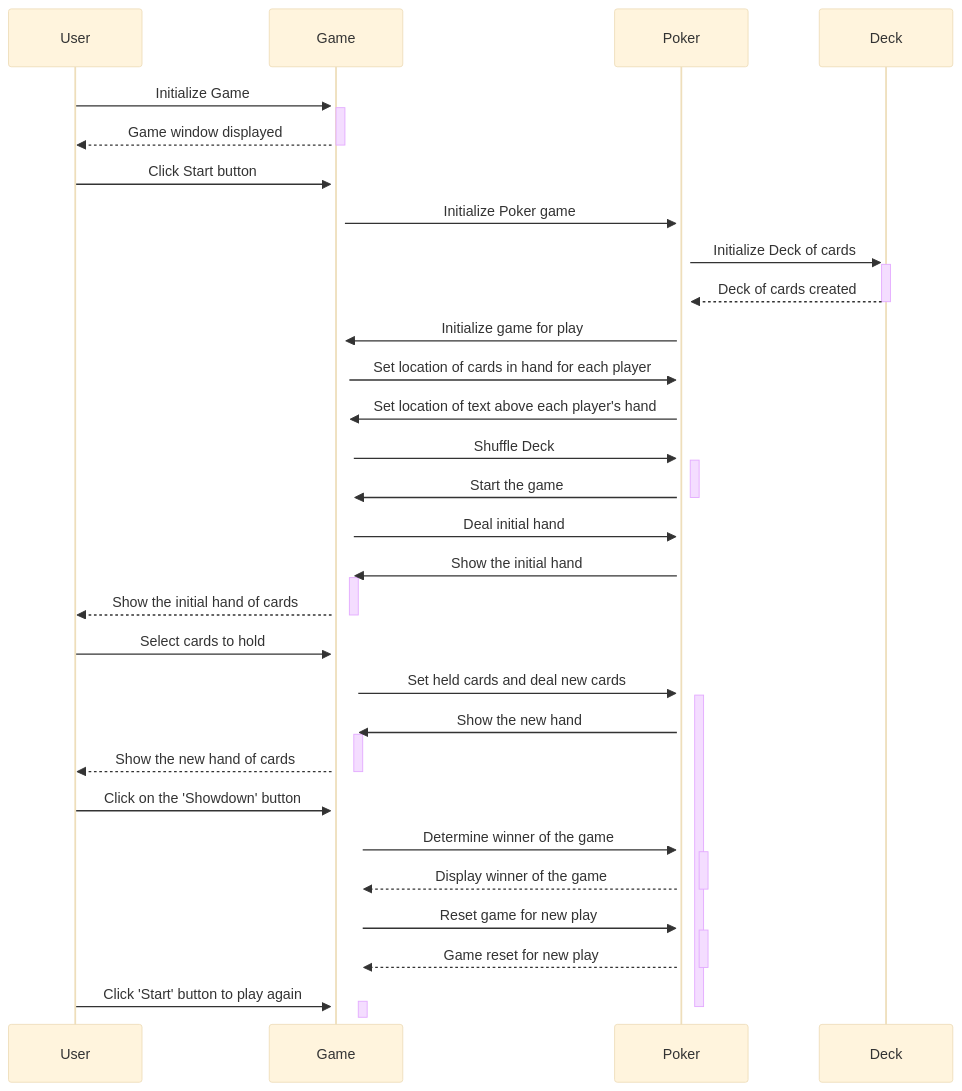
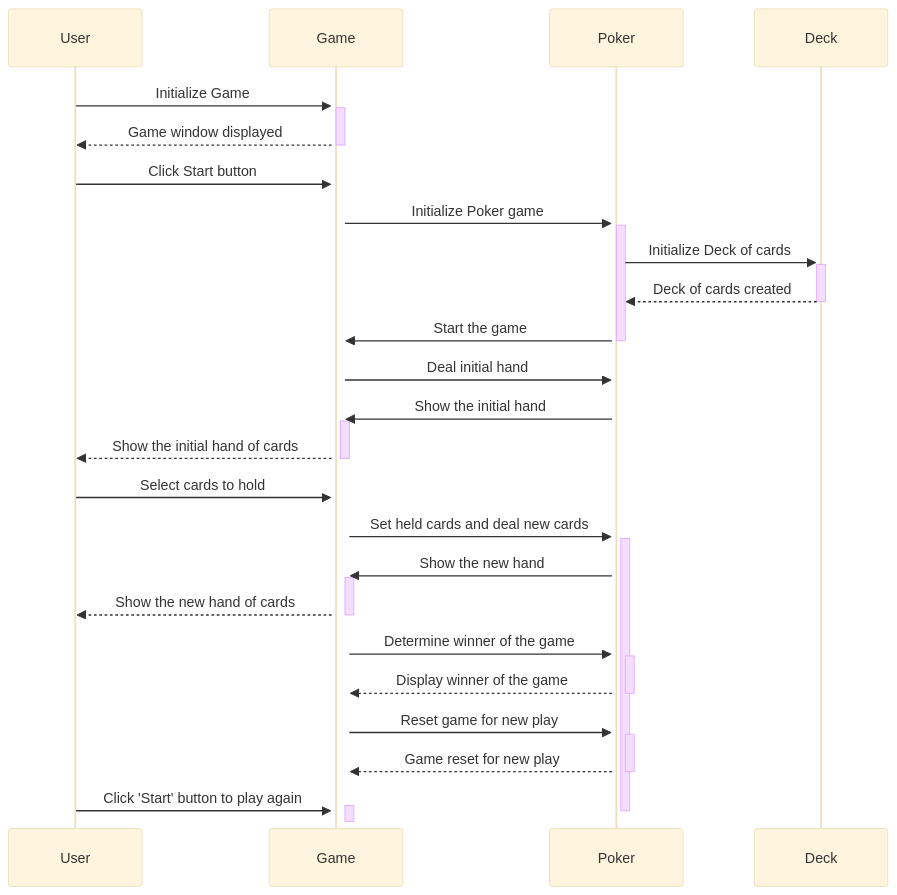
One commit to JesseHantula/JokerPoker changed the diagram in documentation/architecture.md. Above: the diagram before and after it, drawn with Mermaid (base theme).

Commit message:
documentation update

````diff
--- a/documentation/architecture.md
+++ b/documentation/architecture.md
@@ -8,33 +8,28 @@
 ```mermaid
     sequenceDiagram
         participant User
         participant Game
         User->>+Game: Initialize Game
         activate Game
         Game-->>-User: Game window displayed
         User->>+Game: Click Start button
         Game->>+Poker: Initialize Poker game
         activate Poker
         Poker->>+Deck: Initialize Deck of cards
         Deck-->>-Poker: Deck of cards created
-        Poker->>+Game: Initialize game for play
-        Game->>+Poker: Set location of cards in hand for each player
-        Poker->>+Game: Set location of text above each player's hand
-        Game->>+Poker: Shuffle Deck
         Poker->>-Game: Start the game
         Game->>+Poker: Deal initial hand
         Poker->>+Game: Show the initial hand
         Game-->>-User: Show the initial hand of cards
         User->>+Game: Select cards to hold
         Game->>+Poker: Set held cards and deal new cards
         Poker->>+Game: Show the new hand
         Game-->>-User: Show the new hand of cards
-        User->>+Game: Click on the 'Showdown' button
         Game->>+Poker: Determine winner of the game
         Poker-->>-Game: Display winner of the game
         Game->>+Poker: Reset game for new play
         Poker-->>-Game: Game reset for new play
         User->>+Game: Click 'Start' button to play again
         deactivate Poker
         deactivate Game
 ```
````
